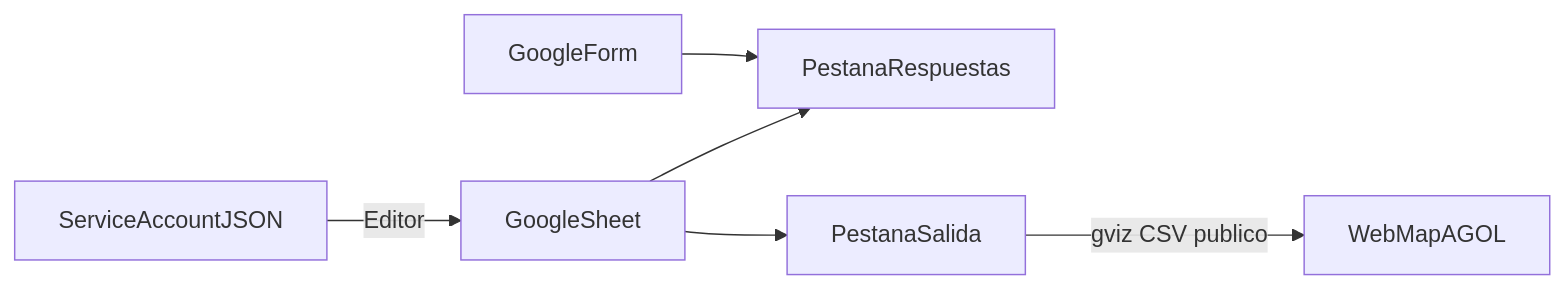
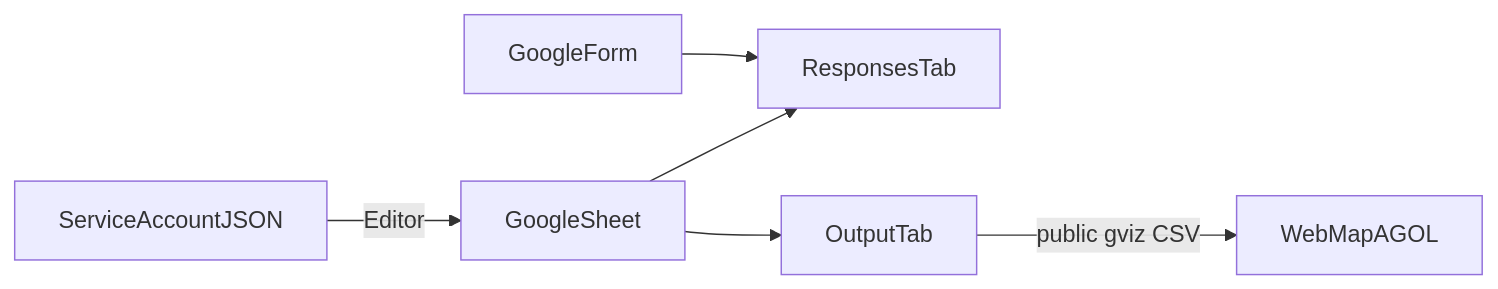
The diagram in docs/configuration.md (GuilleMontilla/sheets-agol-kit), drawn with Mermaid before and after one commit. The commit also changed other lines of this file and 19 other files, not shown here.

````diff
--- a/docs/configuration.md
+++ b/docs/configuration.md
@@ -7,8 +7,8 @@
 ```mermaid
 flowchart LR
-  Form[GoogleForm] --> ResponsesTab[PestanaRespuestas]
+  Form[GoogleForm] --> ResponsesTab[ResponsesTab]
   SA[ServiceAccountJSON] -->|"Editor"| Sheet[GoogleSheet]
   Sheet --> ResponsesTab
-  Sheet --> OutputTab[PestanaSalida]
-  OutputTab -->|"gviz CSV publico"| AGOL[WebMapAGOL]
+  Sheet --> OutputTab[OutputTab]
+  OutputTab -->|"public gviz CSV"| AGOL[WebMapAGOL]
 ```
````
